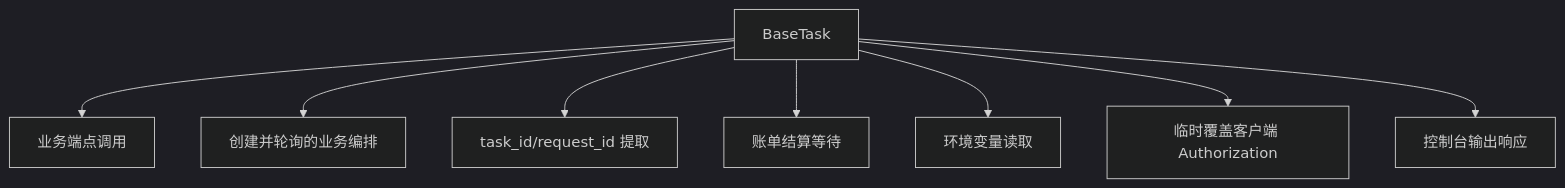
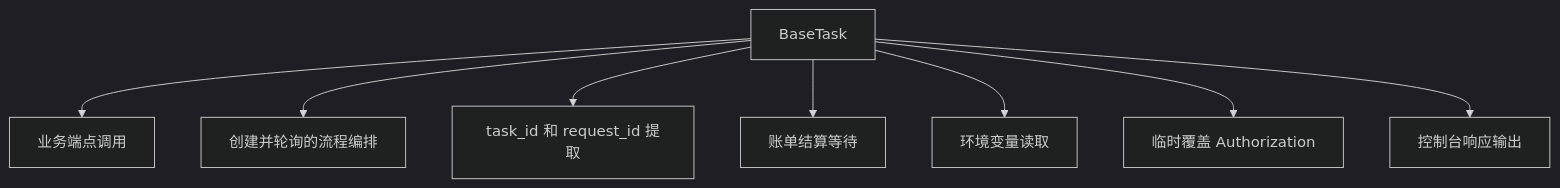
Before and after one commit to wjy801/llm_api_case: the eighth of 20 diagrams in course/DAY01_EVOLUTION_PROBLEM_MAP.md, drawn with Mermaid (dark theme). The commit also changed other lines of this file, not shown here.

````diff
--- a/course/DAY01_EVOLUTION_PROBLEM_MAP.md
+++ b/course/DAY01_EVOLUTION_PROBLEM_MAP.md
@@ -238,10 +195,10 @@
 ```mermaid
 flowchart TD
-    BT[BaseTask] --> A[业务端点调用]
-    BT --> B[创建并轮询的业务编排]
-    BT --> C[task_id/request_id 提取]
-    BT --> D[账单结算等待]
-    BT --> E[环境变量读取]
-    BT --> F[临时覆盖客户端 Authorization]
-    BT --> G[控制台输出响应]
+    A["BaseTask"] --> B["业务端点调用"]
+    A --> C["创建并轮询的流程编排"]
+    A --> D["task_id 和 request_id 提取"]
+    A --> E["账单结算等待"]
+    A --> F["环境变量读取"]
+    A --> G["临时覆盖 Authorization"]
+    A --> H["控制台响应输出"]
 ```
````
